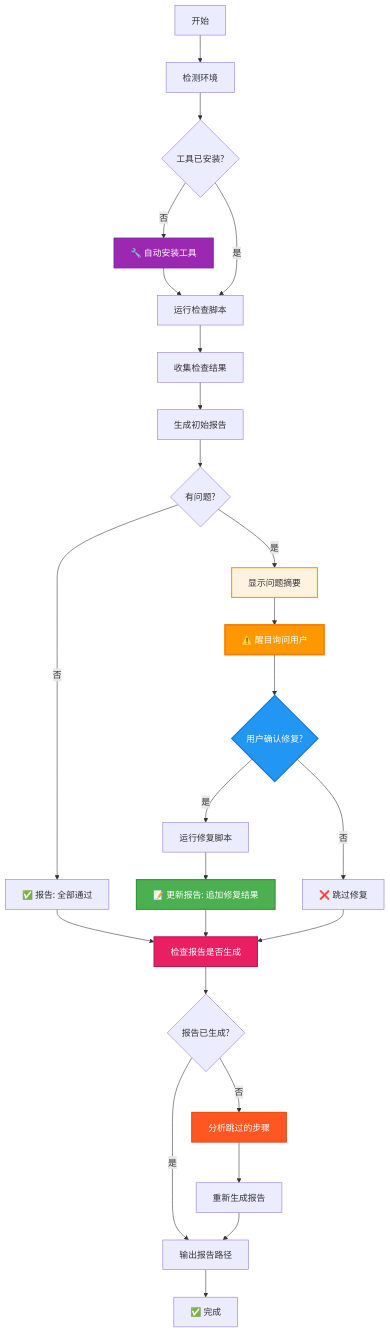
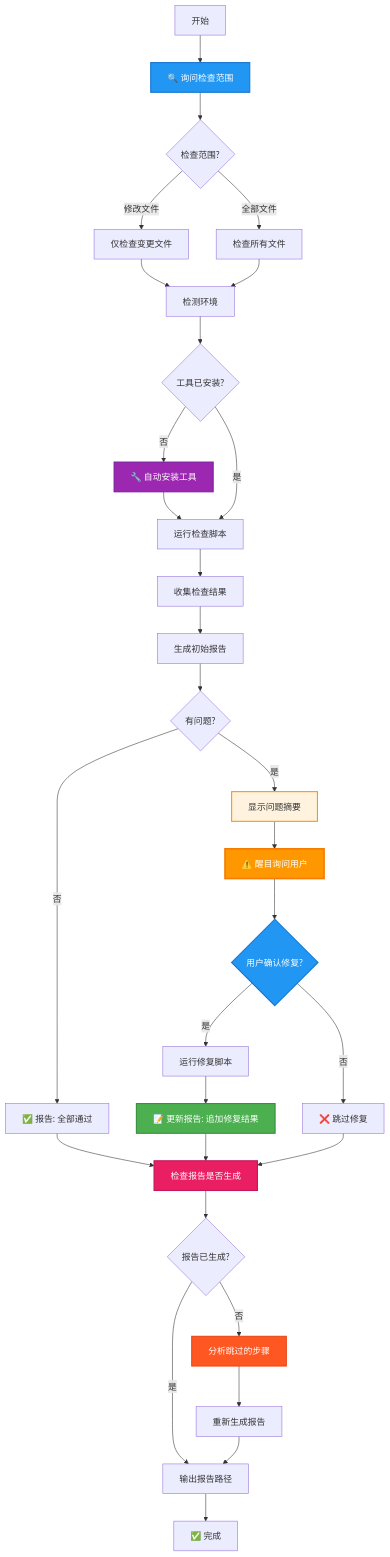
Before and after one commit to tile-ai/tilelang-ascend: the diagram in .agents/skills/tilelang-custom-skill/tilelang-review-skill/SKILL.md, drawn with Mermaid. The commit also changed other lines of this file and 6 other files, not shown here.

````diff
--- a/.agents/skills/tilelang-custom-skill/tilelang-review-skill/SKILL.md
+++ b/.agents/skills/tilelang-custom-skill/tilelang-review-skill/SKILL.md
@@ -26,35 +27,41 @@
 ```mermaid
 flowchart TD
-    A[开始] --> B[检测环境]
-    B --> C{工具已安装?}
-    C -->|否| D[🔧 自动安装工具]
-    C -->|是| E[运行检查脚本]
-    D --> E
-    E --> F[收集检查结果]
-    F --> G[生成初始报告]
-    G --> H{有问题?}
-    H -->|否| I[✅ 报告: 全部通过]
-    H -->|是| J[显示问题摘要]
-    J --> K[⚠️ 醒目询问用户]
-    K --> L{用户确认修复?}
-    L -->|是| M[运行修复脚本]
-    L -->|否| N[❌ 跳过修复]
-    M --> O[📝 更新报告: 追加修复结果]
-    O --> Q
-    I --> Q
-    N --> Q
-    Q[检查报告是否生成] --> R{报告已生成?}
-    R -->|是| S[输出报告路径]
-    R -->|否| T[分析跳过的步骤]
-    T --> U[重新生成报告]
-    U --> S
-    S --> Z[✅ 完成]
+    A[开始] --> B[🔍 询问检查范围]
+    B --> C{检查范围?}
+    C -->|修改文件| D[仅检查变更文件]
+    C -->|全部文件| E[检查所有文件]
+    D --> F[检测环境]
+    E --> F
+    F --> G{工具已安装?}
+    G -->|否| H[🔧 自动安装工具]
+    G -->|是| I[运行检查脚本]
+    H --> I
+    I --> J[收集检查结果]
+    J --> K[生成初始报告]
+    K --> L{有问题?}
+    L -->|否| M[✅ 报告: 全部通过]
+    L -->|是| N[显示问题摘要]
+    N --> O[⚠️ 醒目询问用户]
+    O --> P{用户确认修复?}
+    P -->|是| Q[运行修复脚本]
+    P -->|否| R[❌ 跳过修复]
+    Q --> S[📝 更新报告: 追加修复结果]
+    S --> T
+    M --> T
+    R --> T
+    T[检查报告是否生成] --> U{报告已生成?}
+    U -->|是| V[输出报告路径]
+    U -->|否| W[分析跳过的步骤]
+    W --> X[重新生成报告]
+    X --> V
+    V --> Y[✅ 完成]
 
-    style D fill:#9c27b0,stroke:#7b1fa2,stroke-width:2px,color:#fff
-    style K fill:#ff9800,stroke:#f57c00,stroke-width:3px,color:#fff
-    style L fill:#2196f3,stroke:#1976d2,stroke-width:2px,color:#fff
-    style J fill:#fff3e0,stroke:#ff9800,stroke-width:2px
-    style O fill:#4caf50,stroke:#388e3c,stroke-width:2px,color:#fff
-    style Q fill:#e91e63,stroke:#c2185b,stroke-width:2px,color:#fff
-    style T fill:#ff5722,stroke:#e64a19,stroke-width:2px,color:#fff
+    style B fill:#2196f3,stroke:#1976d2,stroke-width:2px,color:#fff
+    style H fill:#9c27b0,stroke:#7b1fa2,stroke-width:2px,color:#fff
+    style O fill:#ff9800,stroke:#f57c00,stroke-width:3px,color:#fff
+    style P fill:#2196f3,stroke:#1976d2,stroke-width:2px,color:#fff
+    style N fill:#fff3e0,stroke:#ff9800,stroke-width:2px
+    style S fill:#4caf50,stroke:#388e3c,stroke-width:2px,color:#fff
+    style T fill:#e91e63,stroke:#c2185b,stroke-width:2px,color:#fff
+    style W fill:#ff5722,stroke:#e64a19,stroke-width:2px,color:#fff
 ```
````
